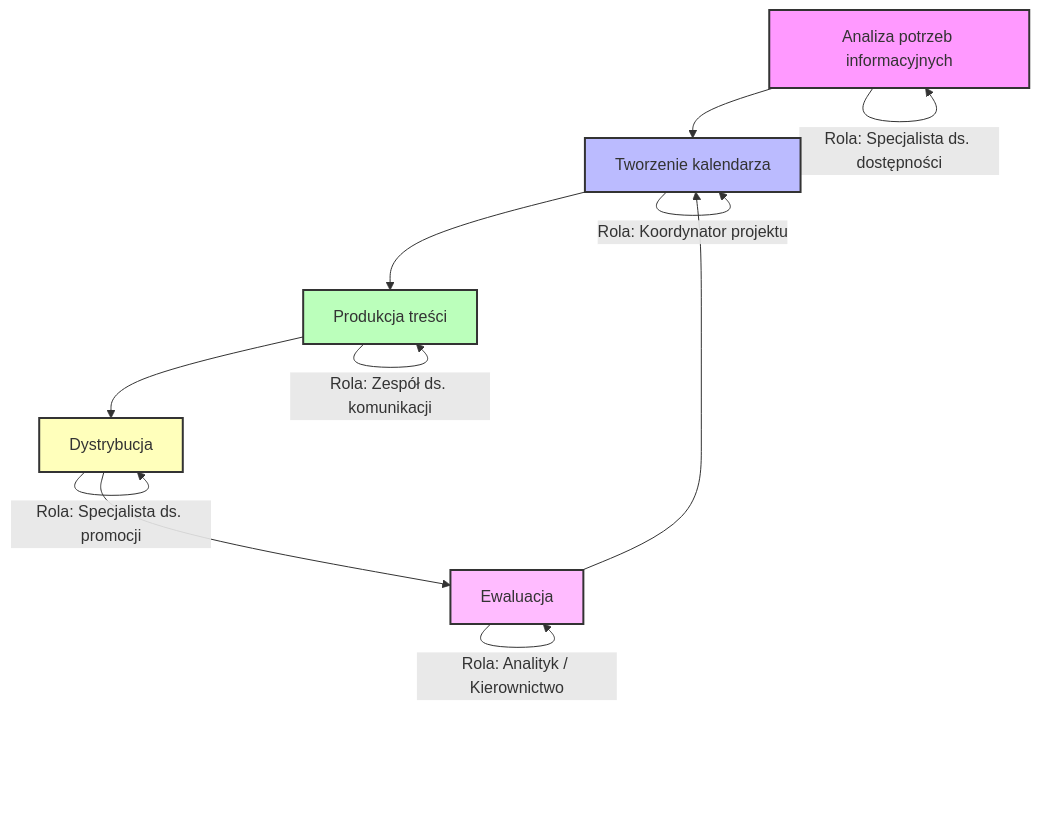
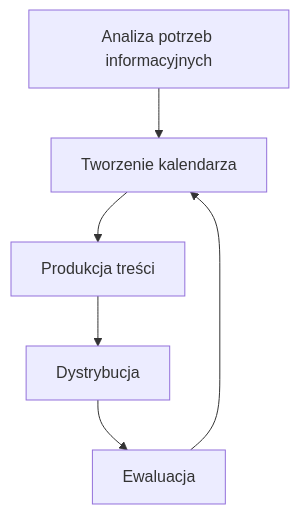
The diagram in documentation/docs/komunikacja/kalendarz-publikacji/kalendarz-publikacji.md (Siec-Dostepnosci-Cyfrowej/sdc), drawn with Mermaid before and after one commit. The commit also changed other lines of this file, not shown here.

````diff
--- a/documentation/docs/komunikacja/kalendarz-publikacji/kalendarz-publikacji.md
+++ b/documentation/docs/komunikacja/kalendarz-publikacji/kalendarz-publikacji.md
@@ -88,27 +88,9 @@
 ```mermaid
 flowchart TD
     A[Analiza potrzeb informacyjnych] --> B[Tworzenie kalendarza]
     B --> C[Produkcja treści]
     C --> D[Dystrybucja]
     D --> E[Ewaluacja]
     E --> B[Tworzenie kalendarza]
 
-    A:::role1
-    B:::role2
-    C:::role3
-    D:::role4
-    E:::role5
-
-    classDef role1 fill:#f9f,stroke:#333,stroke-width:2px;
-    classDef role2 fill:#bbf,stroke:#333,stroke-width:2px;
-    classDef role3 fill:#bfb,stroke:#333,stroke-width:2px;
-    classDef role4 fill:#ffb,stroke:#333,stroke-width:2px;
-    classDef role5 fill:#fbf,stroke:#333,stroke-width:2px;
-
-    %% Roles annotations
-    A:::role1 -->|Rola: Specjalista ds. dostępności| A
-    B:::role2 -->|Rola: Koordynator projektu| B
-    C:::role3 -->|Rola: Zespół ds. komunikacji| C
-    D:::role4 -->|Rola: Specjalista ds. promocji| D
-    E:::role5 -->|Rola: Analityk / Kierownictwo| E
 ```
````
